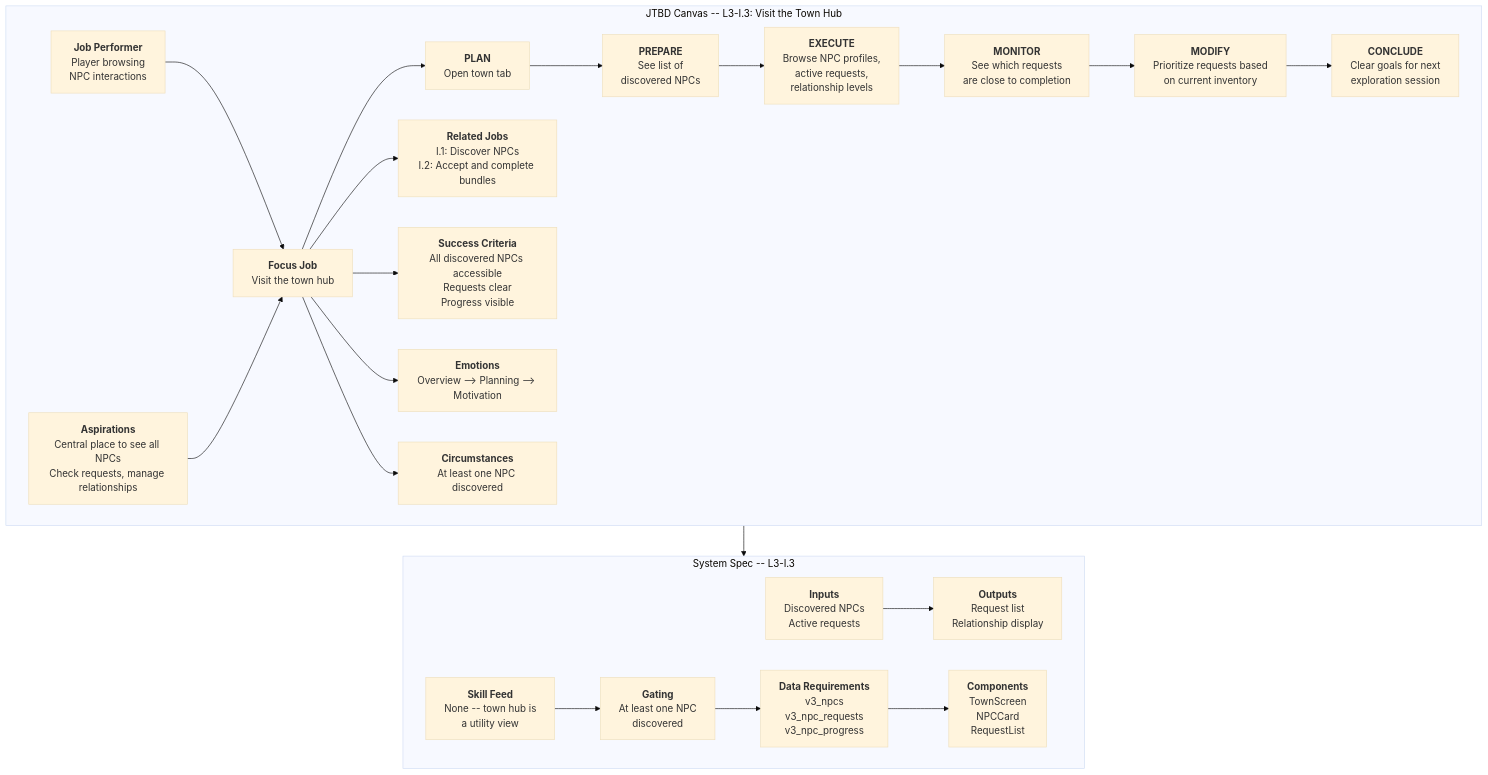
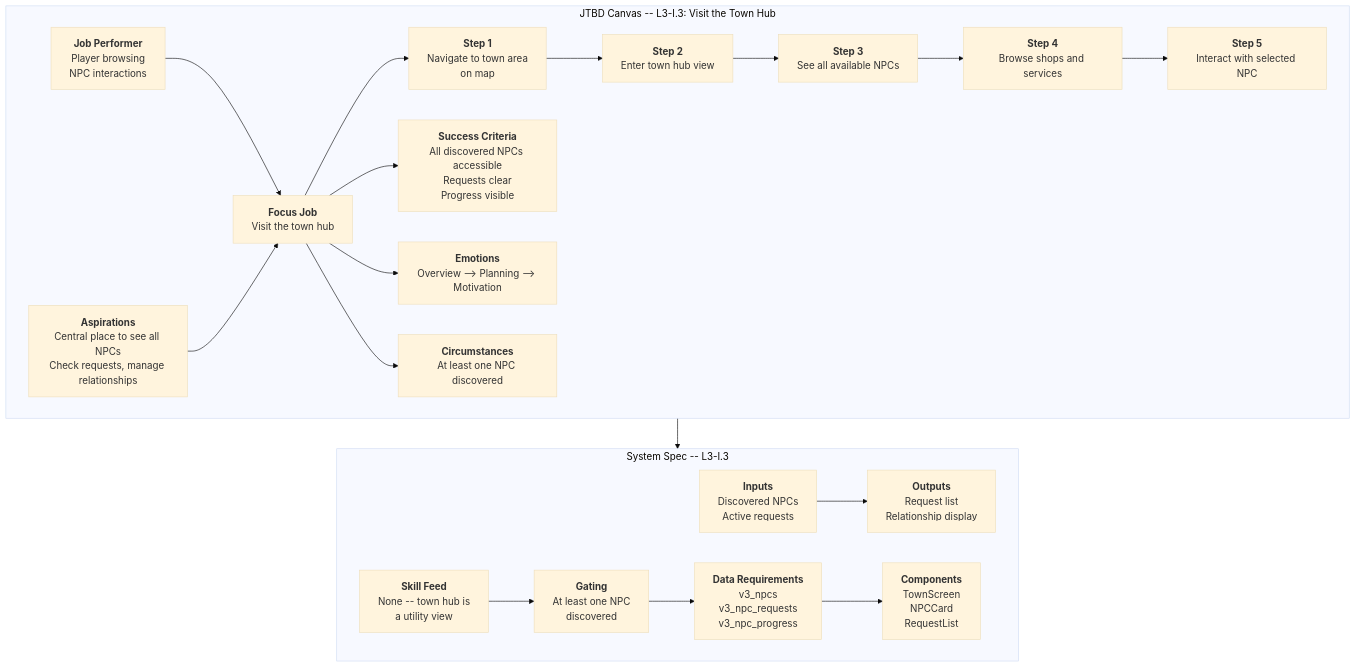
The diagram in docs/diagrams/problem/i3-town-hub.mmd (JMLegere/geo-app), drawn with Mermaid (base theme) before and after one commit. The commit also changed 52 other files, not shown here.

```diff
--- a/docs/diagrams/problem/i3-town-hub.mmd
+++ b/docs/diagrams/problem/i3-town-hub.mmd
@@ -1,42 +1,39 @@
 %% Status: NEEDS HUMAN REVIEW
 flowchart TD
     subgraph JTBD["JTBD Canvas -- L3-I.3: Visit the Town Hub"]
         JP["<b>Job Performer</b><br/>Player browsing<br/>NPC interactions"]
         ASP["<b>Aspirations</b><br/>Central place to see all NPCs<br/>Check requests, manage relationships"]
         FJ["<b>Focus Job</b><br/>Visit the town hub"]
-        RJ["<b>Related Jobs</b><br/>I.1: Discover NPCs<br/>I.2: Accept and complete bundles"]
-        PLAN["<b>PLAN</b><br/>Open town tab"]
-        PREPARE["<b>PREPARE</b><br/>See list of<br/>discovered NPCs"]
-        EXECUTE["<b>EXECUTE</b><br/>Browse NPC profiles,<br/>active requests,<br/>relationship levels"]
-        MONITOR["<b>MONITOR</b><br/>See which requests<br/>are close to completion"]
-        MODIFY["<b>MODIFY</b><br/>Prioritize requests based<br/>on current inventory"]
-        CONCLUDE["<b>CONCLUDE</b><br/>Clear goals for next<br/>exploration session"]
+        S1["<b>Step 1</b><br/>Navigate to town area<br/>on map"]
+        S2["<b>Step 2</b><br/>Enter town hub view"]
+        S3["<b>Step 3</b><br/>See all available NPCs"]
+        S4["<b>Step 4</b><br/>Browse shops and services"]
+        S5["<b>Step 5</b><br/>Interact with selected NPC"]
         SC["<b>Success Criteria</b><br/>All discovered NPCs accessible<br/>Requests clear<br/>Progress visible"]
         EM["<b>Emotions</b><br/>Overview --> Planning --> Motivation"]
         CIRC["<b>Circumstances</b><br/>At least one NPC discovered"]
 
         JP --> FJ
         ASP --> FJ
-        FJ --> PLAN
-        PLAN --> PREPARE --> EXECUTE --> MONITOR --> MODIFY --> CONCLUDE
-        FJ --> RJ
+        FJ --> S1
+        S1 --> S2 --> S3 --> S4 --> S5
         FJ --> SC
         FJ --> EM
         FJ --> CIRC
     end
 
     subgraph SystemSpec["System Spec -- L3-I.3"]
         IN["<b>Inputs</b><br/>Discovered NPCs<br/>Active requests"]
         OUT["<b>Outputs</b><br/>Request list<br/>Relationship display"]
         SF["<b>Skill Feed</b><br/>None -- town hub is<br/>a utility view"]
         GT["<b>Gating</b><br/>At least one NPC<br/>discovered"]
         DR["<b>Data Requirements</b><br/>v3_npcs<br/>v3_npc_requests<br/>v3_npc_progress"]
         COMP["<b>Components</b><br/>TownScreen<br/>NPCCard<br/>RequestList"]
 
         IN --> OUT
         SF --> GT
         GT --> DR
         DR --> COMP
     end
 
     JTBD --> SystemSpec
```
